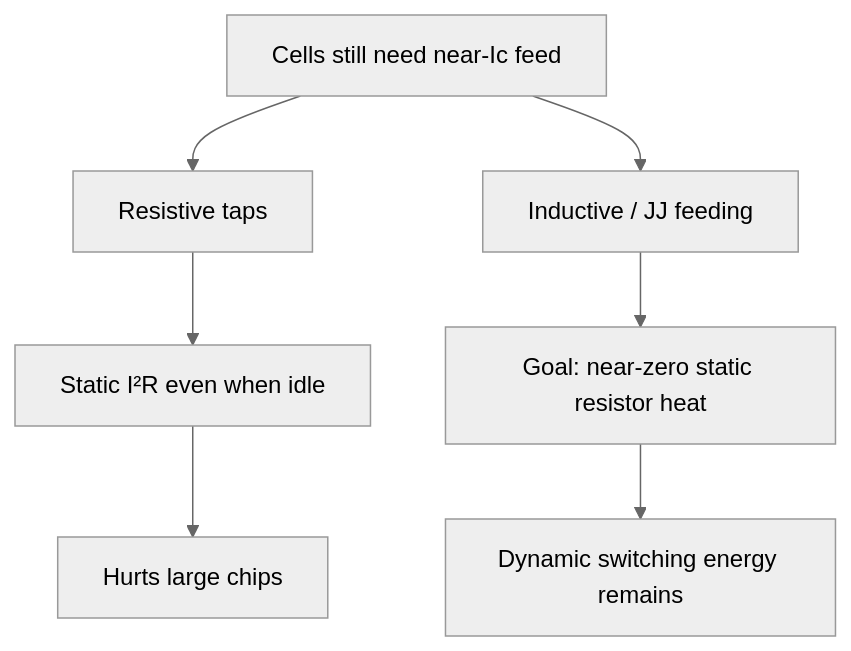
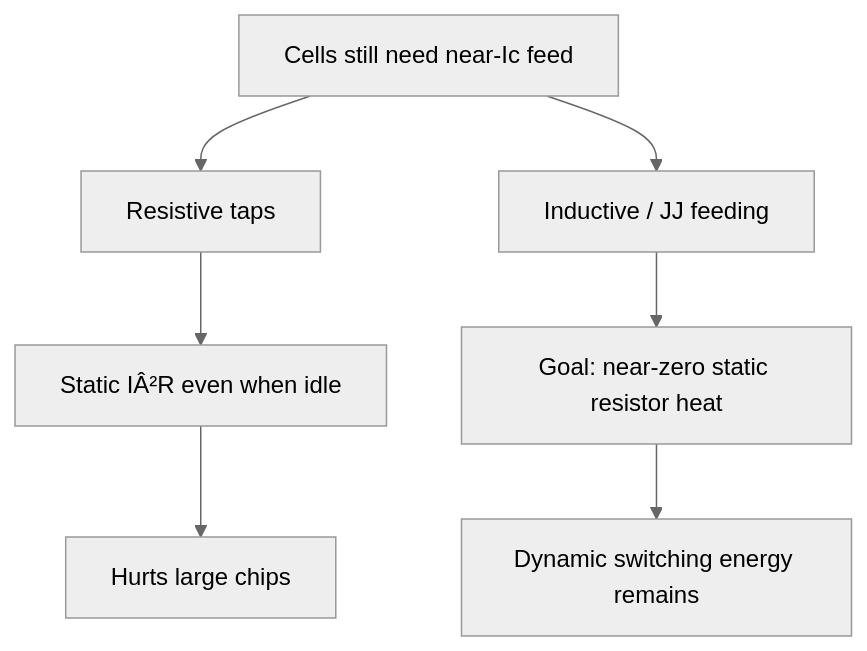
Before and after one commit to Single-Flux-Quantum/sfq-learn-public: the second of 2 diagrams in docs/bridge/resistive-bias-to-ersfq.md, drawn with Mermaid (neutral theme). The commit also changed other lines of this file and 41 other files, not shown here.

````diff
--- a/docs/bridge/resistive-bias-to-ersfq.md
+++ b/docs/bridge/resistive-bias-to-ersfq.md
@@ -213,9 +213,9 @@
 ```mermaid
 flowchart TD
   Need[Cells still need near-Ic feed] --> Classical[Resistive taps]
   Need --> ERSFQ[Inductive / JJ feeding]
-  Classical --> Hot[Static I²R even when idle]
+  Classical --> Hot[Static IÂ²R even when idle]
   ERSFQ --> Cool[Goal: near-zero static resistor heat]
   Cool --> StillDyn[Dynamic switching energy remains]
   Hot --> ScalePain[Hurts large chips]
 ```
````
